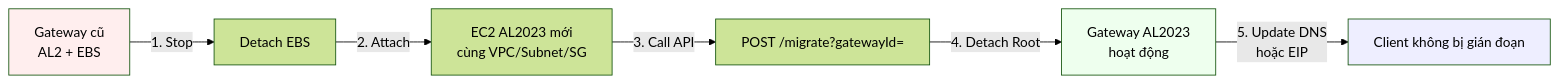
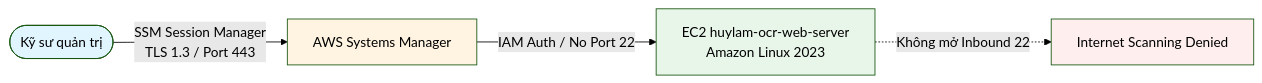
Before and after one commit to Lamhuy0489/workshop: the diagram in content/3-BlogsPosted/3.1-Blog1/_index.vi.md, drawn with Mermaid (forest theme). The commit also changed other lines of this file and 10 other files, not shown here.

Commit message:
docs: update 3-BlogsPosted with real published linkedin articles, direct links, and official architecture diagrams

````diff
--- a/content/3-BlogsPosted/3.1-Blog1/_index.vi.md
+++ b/content/3-BlogsPosted/3.1-Blog1/_index.vi.md
@@ -28,12 +61,11 @@
 ```mermaid
 flowchart LR
-  A[Gateway cũ<br>AL2 + EBS] -->|1. Stop| B[Detach EBS]
-  B -->|2. Attach| C[EC2 AL2023 mới<br>cùng VPC/Subnet/SG]
-  C -->|3. Call API| D["POST /migrate?gatewayId="]
-  D -->|4. Detach Root| E[Gateway AL2023<br>hoạt động]
-  E -->|5. Update DNS<br>hoặc EIP| F[Client không bị gián đoạn]
+  Admin([Kỹ sư quản trị]) -->|SSM Session Manager<br>TLS 1.3 / Port 443| SSM[AWS Systems Manager]
+  SSM -->|IAM Auth / No Port 22| EC2[EC2 huylam-ocr-web-server<br>Amazon Linux 2023]
+  EC2 -.->|Không mở Inbound 22| Deny[Internet Scanning Denied]
 
-  style A fill:#fee
-  style E fill:#efe
-  style F fill:#eef
+  style Admin fill:#e1f5ff
+  style SSM fill:#fff4e1
+  style EC2 fill:#e8f5e9
+  style Deny fill:#fee
 ```
````
